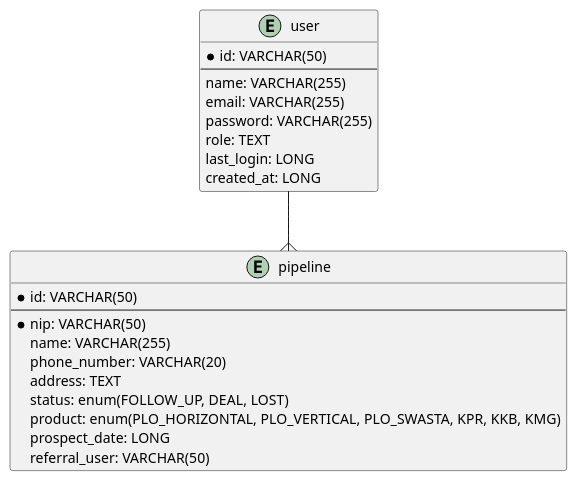
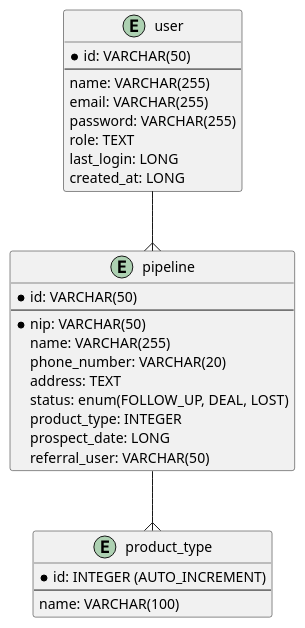
One commit to samuelmareno/cabut-force-frontend changed the diagram in specs/database.puml. Above: the diagram before and after it, drawn with PlantUML. The commit also changed 8 other files, not shown here.

```diff
--- a/specs/database.puml
+++ b/specs/database.puml
@@ -1,30 +1,38 @@
 @startuml
 'https://plantuml.com/sequence-diagram
 
 entity user {
 * id: VARCHAR(50)
 --
 name: VARCHAR(255)
 email: VARCHAR(255)
 password: VARCHAR(255)
 role: TEXT
 last_login: LONG
 created_at: LONG
 }
 
 entity pipeline {
 * id: VARCHAR(50)
 --
 * nip: VARCHAR(50)
 name: VARCHAR(255)
 phone_number: VARCHAR(20)
 address: TEXT
 status: enum(FOLLOW_UP, DEAL, LOST)
-product: enum(PLO_HORIZONTAL, PLO_VERTICAL, PLO_SWASTA, KPR, KKB, KMG)
+product_type: INTEGER
 prospect_date: LONG
 referral_user: VARCHAR(50)
 }
 
+entity product_type {
+ * id: INTEGER (AUTO_INCREMENT)
+ --
+ name: VARCHAR(100)
+}
+
 user --{ pipeline
 
+pipeline --{ product_type
+
 @enduml
```
